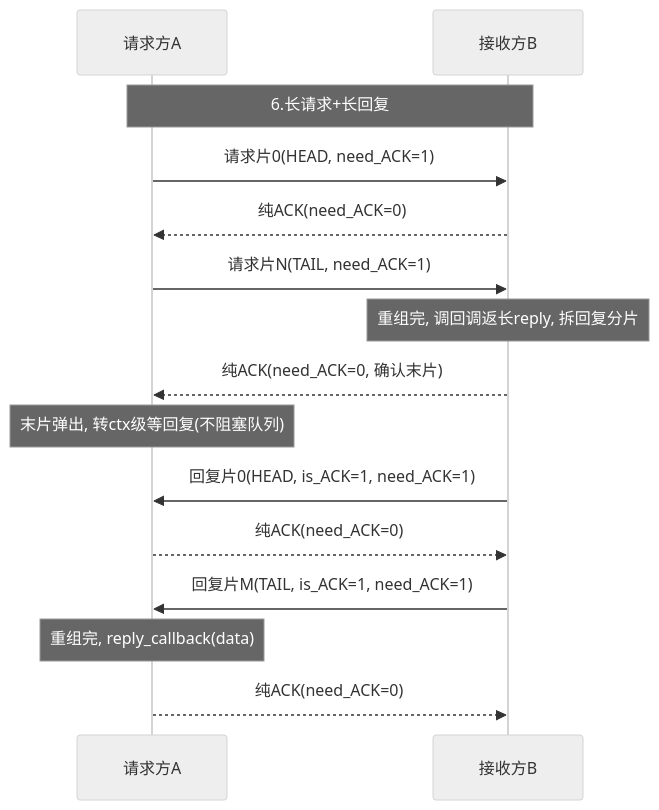
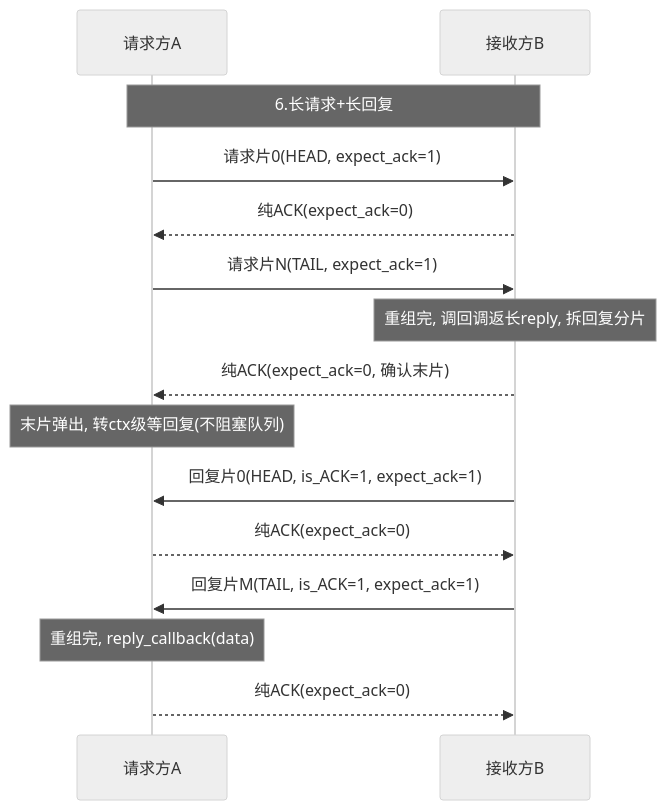
The sixth of 14 diagrams in 工作/项目/代码/260401S3分拣面板-SIA-R9000P.md (Siaiai/ObsidianNote), drawn with Mermaid (neutral theme) before and after one commit. The commit also changed other lines of this file and 1 other file, not shown here.

````diff
--- a/工作/项目/代码/260401S3分拣面板-SIA-R9000P.md
+++ b/工作/项目/代码/260401S3分拣面板-SIA-R9000P.md
@@ -154,17 +157,17 @@
 ```mermaid
 sequenceDiagram
     participant A as 请求方A
     participant B as 接收方B
     Note over A,B: 6.长请求+长回复
-    A->>B: 请求片0(HEAD, need_ACK=1)
-    B-->>A: 纯ACK(need_ACK=0)
-    A->>B: 请求片N(TAIL, need_ACK=1)
+    A->>B: 请求片0(HEAD, expect_ack=1)
+    B-->>A: 纯ACK(expect_ack=0)
+    A->>B: 请求片N(TAIL, expect_ack=1)
     Note over B: 重组完, 调回调返长reply, 拆回复分片
-    B-->>A: 纯ACK(need_ACK=0, 确认末片)
+    B-->>A: 纯ACK(expect_ack=0, 确认末片)
     Note over A: 末片弹出, 转ctx级等回复(不阻塞队列)
-    B->>A: 回复片0(HEAD, is_ACK=1, need_ACK=1)
-    A-->>B: 纯ACK(need_ACK=0)
-    B->>A: 回复片M(TAIL, is_ACK=1, need_ACK=1)
+    B->>A: 回复片0(HEAD, is_ACK=1, expect_ack=1)
+    A-->>B: 纯ACK(expect_ack=0)
+    B->>A: 回复片M(TAIL, is_ACK=1, expect_ack=1)
     Note over A: 重组完, reply_callback(data)
-    A-->>B: 纯ACK(need_ACK=0)
+    A-->>B: 纯ACK(expect_ack=0)
 ```
````
